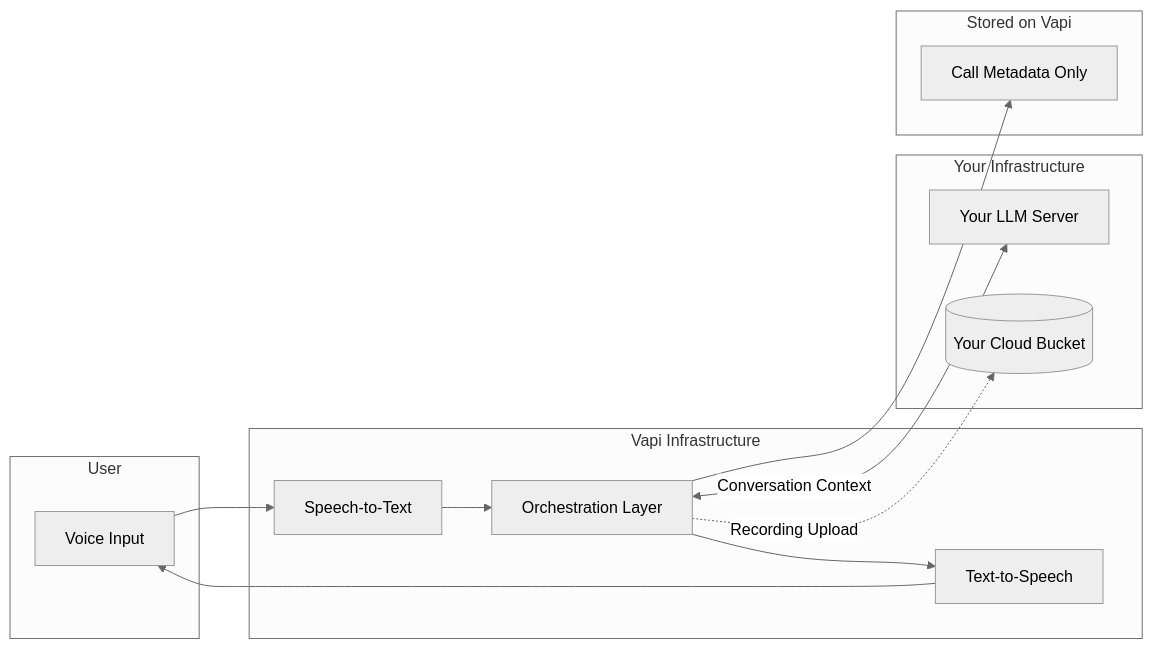
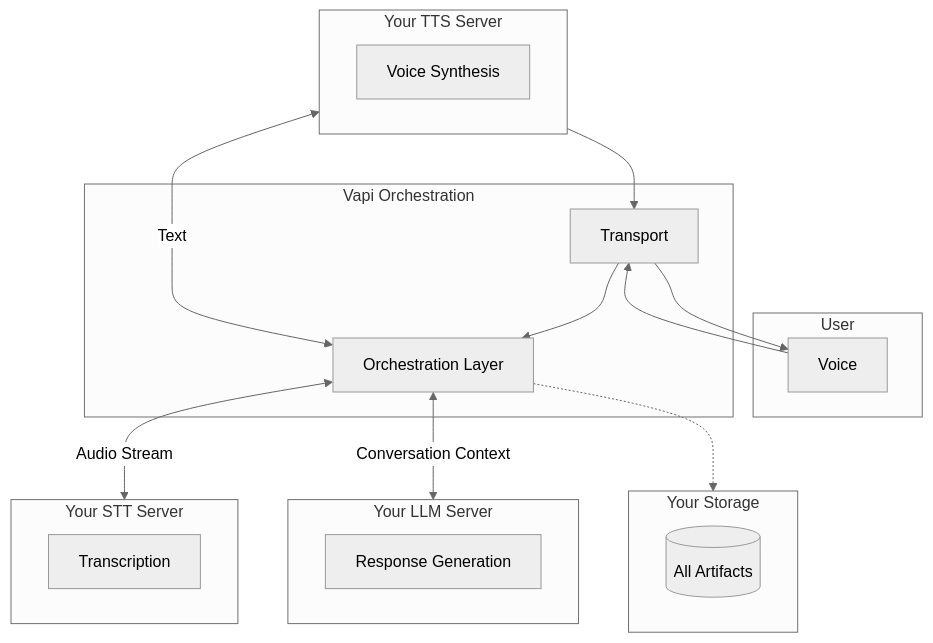
The fourth of 4 diagrams in fern/security-and-privacy/data-flow.mdx (VapiAI/docs), drawn with Mermaid (neutral theme) before and after one commit. The commit also changed other lines of this file, not shown here.

First line of the commit message:
docs: enhance data flow documentation with detailed pipeline architecture

````diff
--- a/fern/security-and-privacy/data-flow.mdx
+++ b/fern/security-and-privacy/data-flow.mdx
@@ -140,27 +265,34 @@
 ```mermaid
-flowchart LR
+flowchart TB
     subgraph User["User"]
-        A[Voice Input]
+        A[Voice]
     end
     
-    subgraph Vapi["Vapi Infrastructure"]
-        B[Speech-to-Text]
+    subgraph Vapi["Vapi Orchestration"]
+        T[Transport]
         C[Orchestration Layer]
-        E[Text-to-Speech]
     end
     
-    subgraph Customer["Your Infrastructure"]
-        D[Your LLM Server]
-        F[(Your Cloud Bucket)]
+    subgraph CustomSTT["Your STT Server"]
+        B[Transcription]
     end
     
-    subgraph VapiStored["Stored on Vapi"]
-        G[Call Metadata Only]
+    subgraph CustomLLM["Your LLM Server"]
+        D[Response Generation]
     end
     
-    A --> B --> C
-    C <-->|Conversation Context| D
-    C --> E --> A
-    C -.->|Recording Upload| F
-    C --> G
+    subgraph CustomTTS["Your TTS Server"]
+        E[Voice Synthesis]
+    end
+    
+    subgraph CustomerStorage["Your Storage"]
+        F[(All Artifacts)]
+    end
+    
+    A --> T --> C
+    C <-->|Audio Stream| CustomSTT
+    C <-->|Conversation Context| CustomLLM
+    C <-->|Text| CustomTTS
+    CustomTTS --> T --> A
+    C -.-> CustomerStorage
 ```
````
